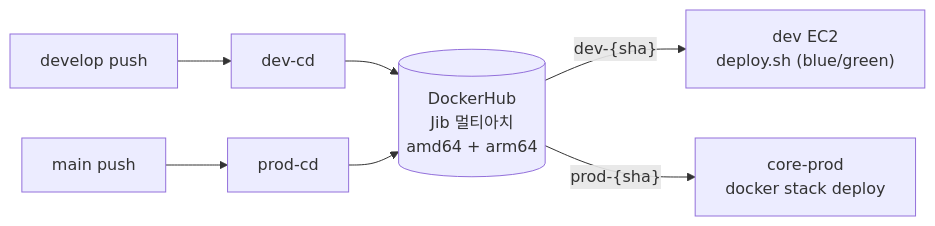
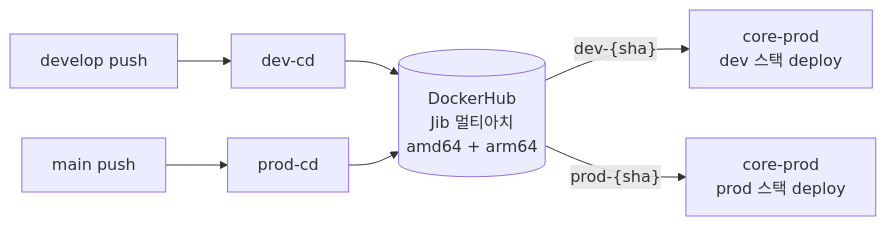
Before and after one commit to depromeet/dpm-core-server: the second of 2 diagrams in README.md, drawn with Mermaid. The commit also changed other lines of this file, not shown here.

First line of the commit message:
docs: dev 앱 core-prod 이전 반영 (AWS 완전 철수 구조)

````diff
--- a/README.md
+++ b/README.md
@@ -61,9 +61,9 @@
 ```mermaid
 flowchart LR
     DEVELOP["develop push"] --> DEVCD["dev-cd"]
     MAIN["main push"] --> PRODCD["prod-cd"]
     DEVCD --> HUB[("DockerHub<br/>Jib 멀티아치<br/>amd64 + arm64")]
     PRODCD --> HUB
-    HUB -->|"dev-{sha}"| DEVDEPLOY["dev EC2<br/>deploy.sh (blue/green)"]
-    HUB -->|"prod-{sha}"| PRODDEPLOY["core-prod<br/>docker stack deploy"]
+    HUB -->|"dev-{sha}"| DEVDEPLOY["core-prod<br/>dev 스택 deploy"]
+    HUB -->|"prod-{sha}"| PRODDEPLOY["core-prod<br/>prod 스택 deploy"]
 ```
````
